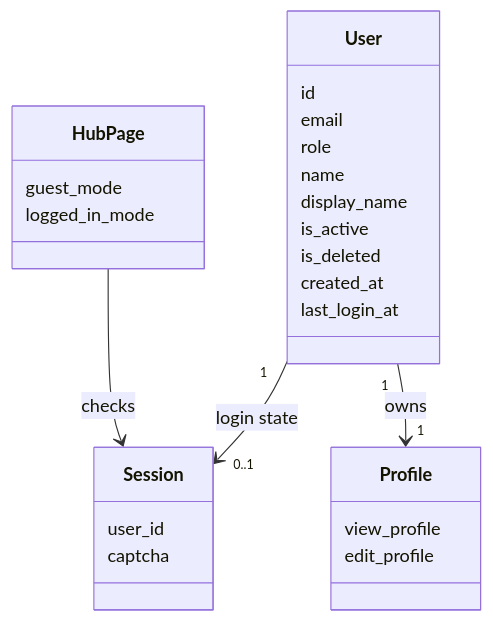
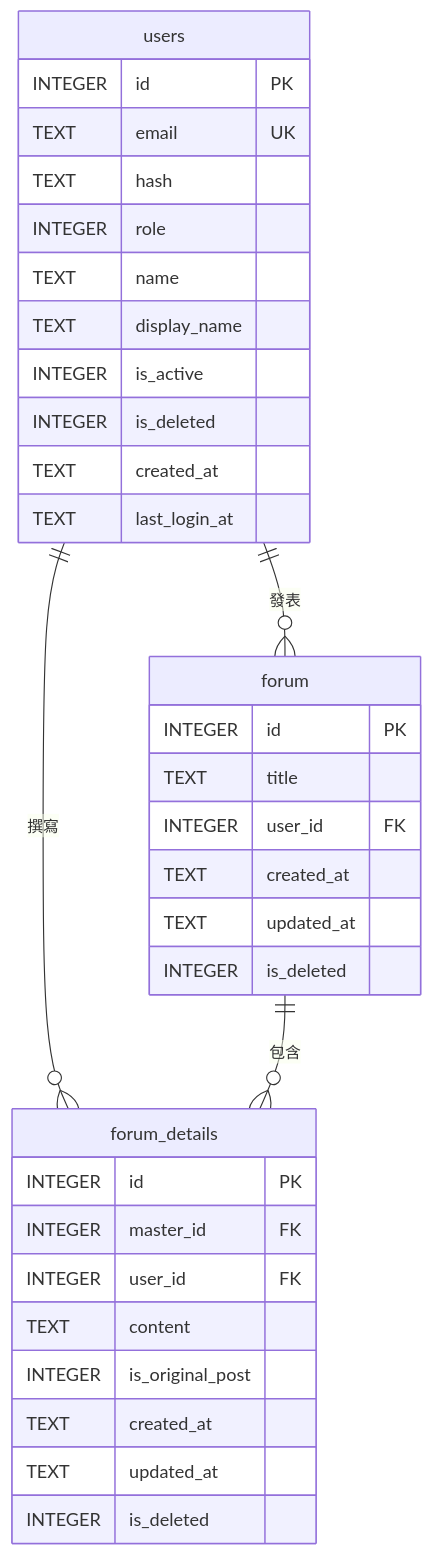
One commit to billy1125/system-analysis-and-design changed the seventh of 8 diagrams in example-system/Analysis-Phase-Deliverables.md. Above: the diagram before and after it, drawn with Mermaid. The commit also changed other lines of this file and 5 other files, not shown here.

````diff
--- a/example-system/Analysis-Phase-Deliverables.md
+++ b/example-system/Analysis-Phase-Deliverables.md
@@ -337,33 +593,37 @@
 ```mermaid
-classDiagram
-    class User {
-        id
-        email
-        role
-        name
-        display_name
-        is_active
-        is_deleted
-        created_at
-        last_login_at
+erDiagram
+    users ||--o{ forum : "發表"
+    users ||--o{ forum_details : "撰寫"
+    forum ||--o{ forum_details : "包含"
+
+    users {
+        INTEGER id PK
+        TEXT email UK
+        TEXT hash
+        INTEGER role
+        TEXT name
+        TEXT display_name
+        INTEGER is_active
+        INTEGER is_deleted
+        TEXT created_at
+        TEXT last_login_at
     }
-
-    class Session {
-        user_id
-        captcha
+    forum {
+        INTEGER id PK
+        TEXT title
+        INTEGER user_id FK
+        TEXT created_at
+        TEXT updated_at
+        INTEGER is_deleted
     }
-
-    class HubPage {
-        guest_mode
-        logged_in_mode
+    forum_details {
+        INTEGER id PK
+        INTEGER master_id FK
+        INTEGER user_id FK
+        TEXT content
+        INTEGER is_original_post
+        TEXT created_at
+        TEXT updated_at
+        INTEGER is_deleted
     }
-
-    class Profile {
-        view_profile
-        edit_profile
-    }
-
-    User "1" --> "0..1" Session : login state
-    User "1" --> "1" Profile : owns
-    HubPage --> Session : checks
 ```
````
